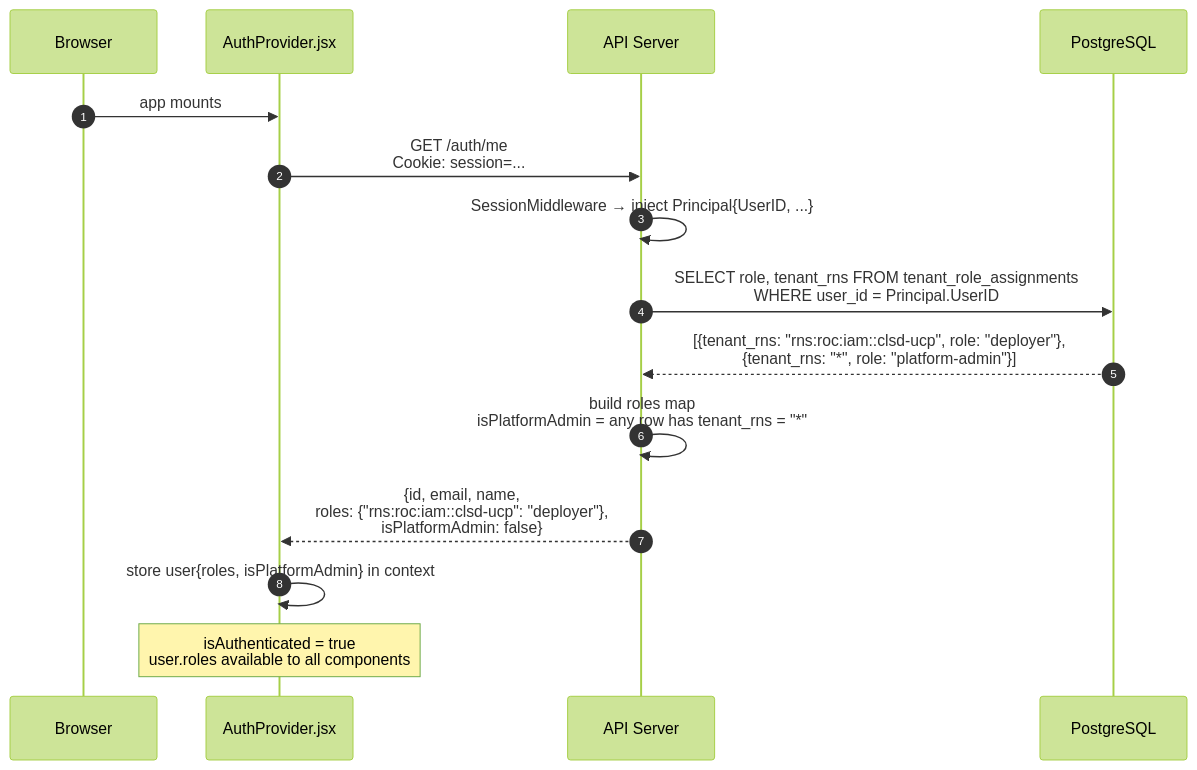
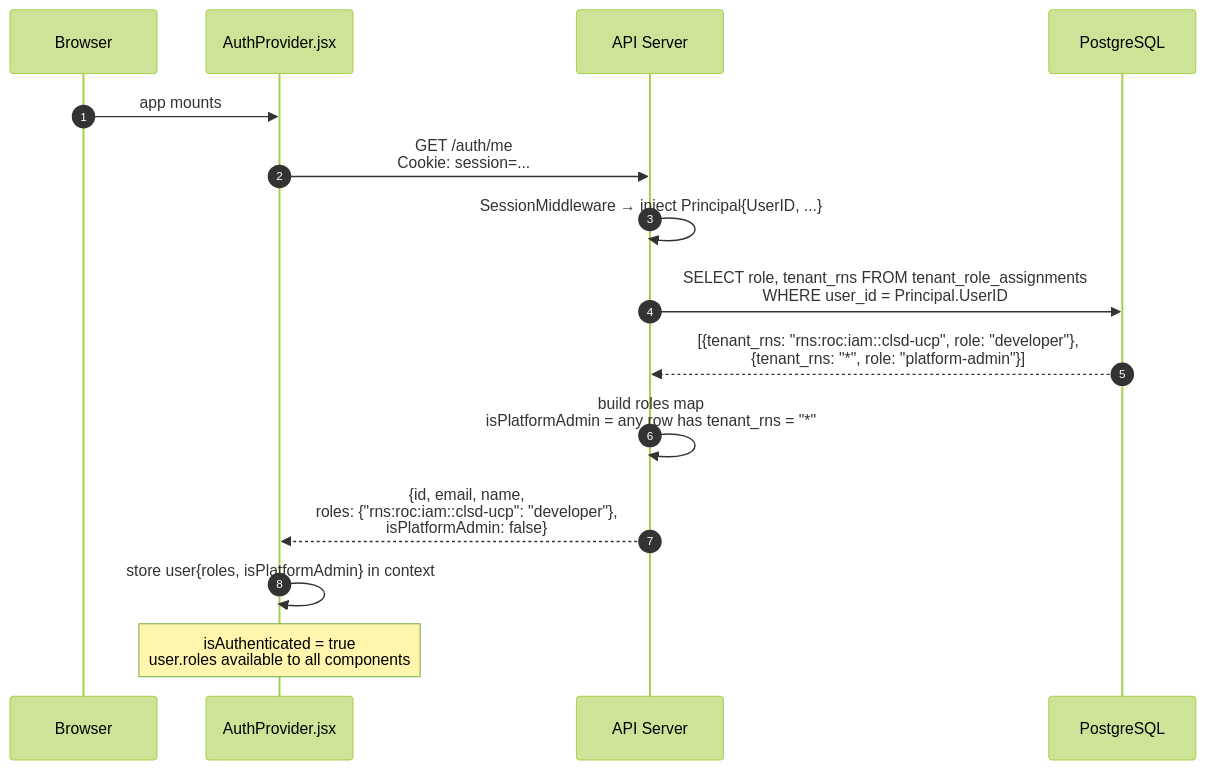
Before and after one commit to aripermana-putra/ucp-docs-collection: the first of 5 diagrams in docs/projects/universal-control-plane-ucp/pocs/rbac/implementation.md, drawn with Mermaid (forest theme). The commit also changed other lines of this file and 1 other file, not shown here.

````diff
--- a/docs/projects/universal-control-plane-ucp/pocs/rbac/implementation.md
+++ b/docs/projects/universal-control-plane-ucp/pocs/rbac/implementation.md
@@ -275,22 +304,22 @@
 ```mermaid
 sequenceDiagram
     autonumber
 
     participant Browser
     participant AuthProvider as AuthProvider.jsx
     participant BFF as API Server
     participant DB as PostgreSQL
 
     Browser->>AuthProvider: app mounts
     AuthProvider->>BFF: GET /auth/me<br/>Cookie: session=...
 
     BFF->>BFF: SessionMiddleware → inject Principal{UserID, ...}
     BFF->>DB: SELECT role, tenant_rns FROM tenant_role_assignments<br/>WHERE user_id = Principal.UserID
-    DB-->>BFF: [{tenant_rns: "rns:roc:iam::clsd-ucp", role: "deployer"},<br/>{tenant_rns: "*", role: "platform-admin"}]
+    DB-->>BFF: [{tenant_rns: "rns:roc:iam::clsd-ucp", role: "developer"},<br/>{tenant_rns: "*", role: "platform-admin"}]
 
     BFF->>BFF: build roles map<br/>isPlatformAdmin = any row has tenant_rns = "*"
-    BFF-->>AuthProvider: {id, email, name,<br/>roles: {"rns:roc:iam::clsd-ucp": "deployer"},<br/>isPlatformAdmin: false}
+    BFF-->>AuthProvider: {id, email, name,<br/>roles: {"rns:roc:iam::clsd-ucp": "developer"},<br/>isPlatformAdmin: false}
 
     AuthProvider->>AuthProvider: store user{roles, isPlatformAdmin} in context
     Note over AuthProvider: isAuthenticated = true<br/>user.roles available to all components
 ```
````
